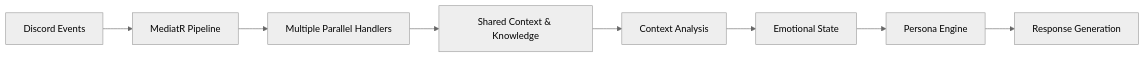
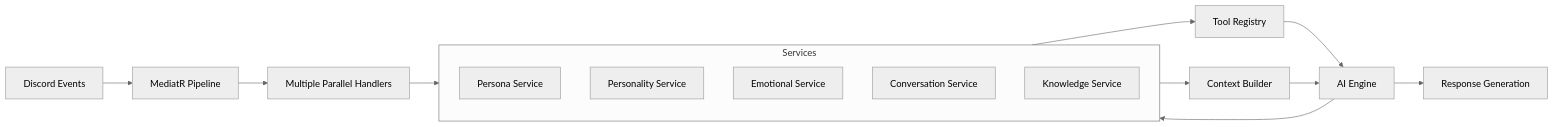
The diagram in README.md (BoundlessStudio/ElectricRaspberry), drawn with Mermaid (neutral theme) before and after one commit. The commit also changed other lines of this file, not shown here.

First line of the commit message:
docs: Redefine architecture to focus on service integration and AI tools

````diff
--- a/README.md
+++ b/README.md
@@ -77,10 +82,23 @@
 ```mermaid
 flowchart LR
     DiscordEvents[Discord Events] --> MediatR[MediatR Pipeline]
     MediatR --> ParallelHandlers[Multiple Parallel Handlers]
-    ParallelHandlers --> SharedContext[Shared Context & Knowledge]
-    SharedContext --> ContextAnalysis[Context Analysis]
-    ContextAnalysis --> EmotionalState[Emotional State]
-    EmotionalState --> PersonaEngine[Persona Engine]
-    PersonaEngine --> ResponseGen[Response Generation]
+    
+    subgraph Services
+        PersonaService[Persona Service]
+        PersonalityService[Personality Service]
+        EmotionalService[Emotional Service]
+        ConversationService[Conversation Service]
+        KnowledgeService[Knowledge Service]
+    end
+    
+    ParallelHandlers --> Services
+    Services --> ToolRegistry[Tool Registry]
+    Services --> ContextBuilder[Context Builder]
+    
+    ToolRegistry --> AI[AI Engine]
+    ContextBuilder --> AI
+    
+    AI --> ResponseGen[Response Generation]
+    AI --> Services
 ```
````
